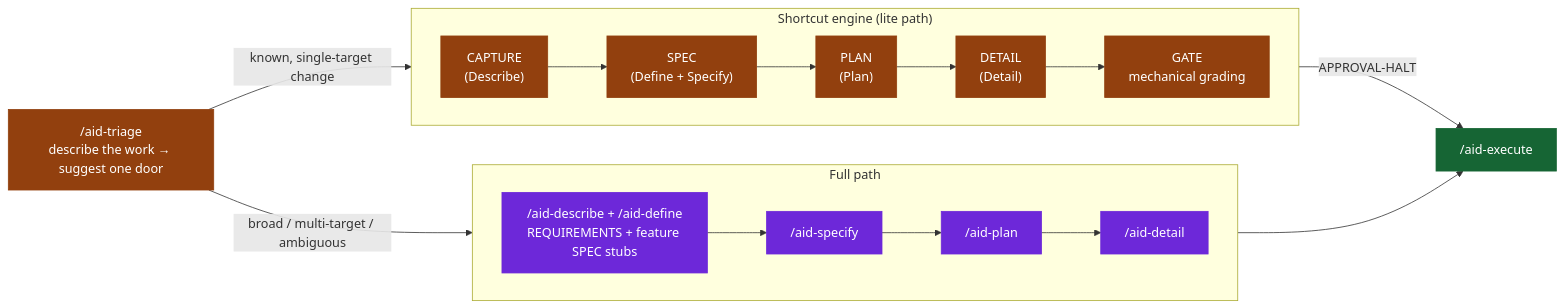
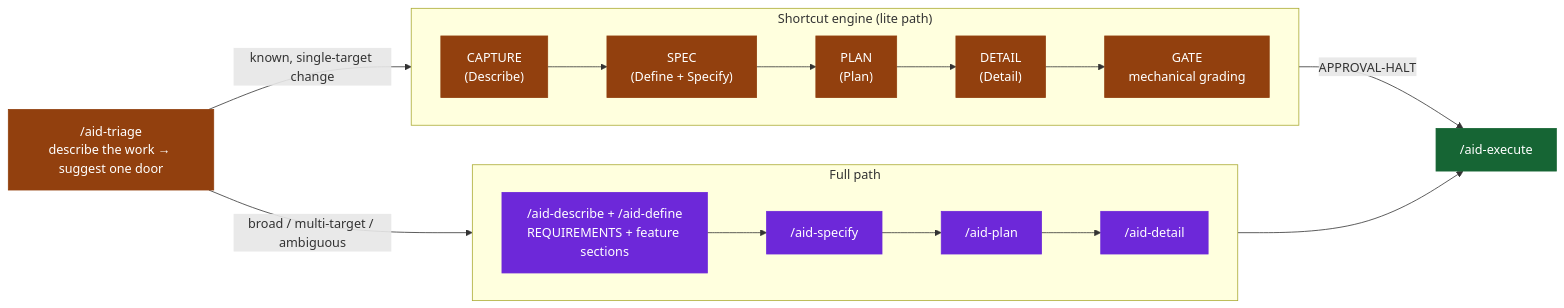
Before and after one commit to AndreVianna/aid-methodology: the fourth of 7 diagrams in docs/aid-methodology.md, drawn with Mermaid. The commit also changed other lines of this file and 247 other files, not shown here.

````diff
--- a/docs/aid-methodology.md
+++ b/docs/aid-methodology.md
@@ -553,30 +579,30 @@
 ```mermaid
 flowchart LR
     classDef def   fill:#6D28D9,stroke:#6D28D9,color:#ffffff
     classDef exe   fill:#166534,stroke:#166534,color:#ffffff
     classDef lite  fill:#92400E,stroke:#92400E,color:#ffffff
 
     Tr["/aid-triage<br/>describe the work → suggest one door"]:::lite
 
     subgraph FullPath[" Full path "]
         direction LR
-        F1["/aid-describe + /aid-define<br/>REQUIREMENTS + feature SPEC stubs"]:::def
+        F1["/aid-describe + /aid-define<br/>REQUIREMENTS + feature sections"]:::def
         F2["/aid-specify"]:::def
         F3["/aid-plan"]:::def
         F4["/aid-detail"]:::def
     end
     subgraph ShortcutPath[" Shortcut engine (lite path) "]
         direction LR
         L1["CAPTURE<br/>(Describe)"]:::lite
         L2["SPEC<br/>(Define + Specify)"]:::lite
         L3["PLAN<br/>(Plan)"]:::lite
         L4["DETAIL<br/>(Detail)"]:::lite
         L5["GATE<br/>mechanical grading"]:::lite
     end
     Exec["/aid-execute"]:::exe
 
     Tr -- "broad / multi-target / ambiguous" --> F1
     F1 --> F2 --> F3 --> F4 --> Exec
     Tr -- "known, single-target change" --> L1
     L1 --> L2 --> L3 --> L4 --> L5 -- "APPROVAL-HALT" --> Exec
 ```
````
